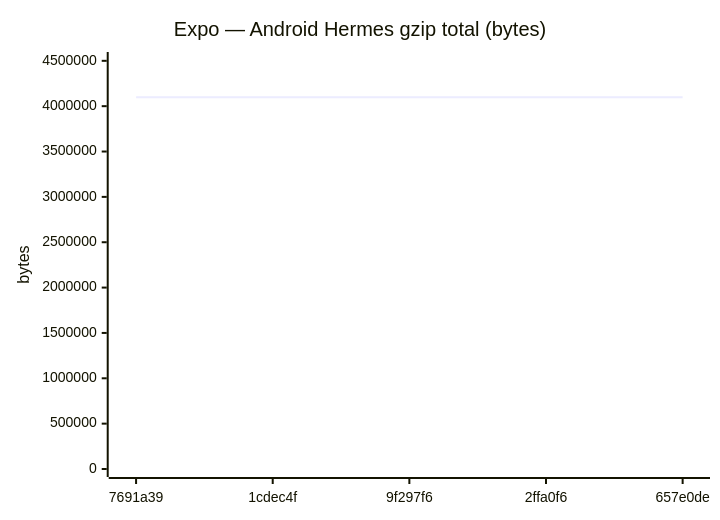
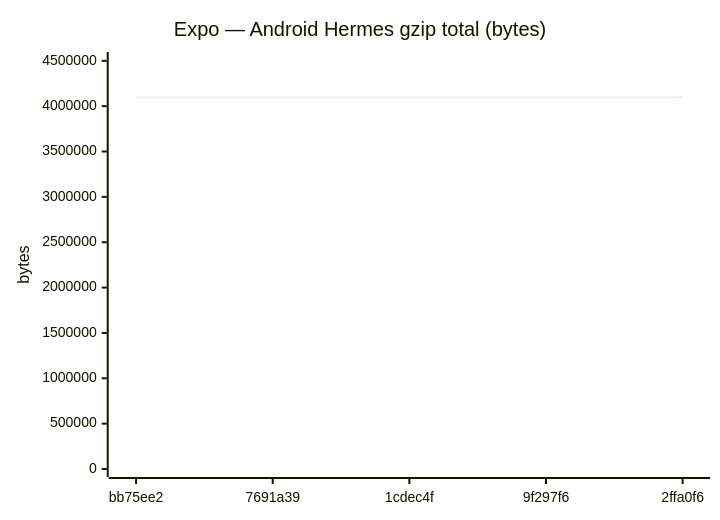
One commit to Metaheurist/Rianell changed diagram 11 of 18 in benchmarks/compare.md. Above: the diagram before and after it, drawn with Mermaid. The commit also changed other lines of this file and 11 other files, not shown here.

````diff
--- a/benchmarks/compare.md
+++ b/benchmarks/compare.md
@@ -172,7 +172,7 @@
 ```mermaid
 xychart-beta
     title "Expo — Android Hermes gzip total (bytes)"
-    x-axis ["7691a39", "1cdec4f", "9f297f6", "2ffa0f6", "657e0de"]
+    x-axis ["bb75ee2", "7691a39", "1cdec4f", "9f297f6", "2ffa0f6"]
     y-axis "bytes" 0 --> 4509037
-    line [4098083, 4099120, 4099121, 4099124, 4098083]
+    line [4098255, 4098083, 4099120, 4099121, 4099124]
 ```
````
